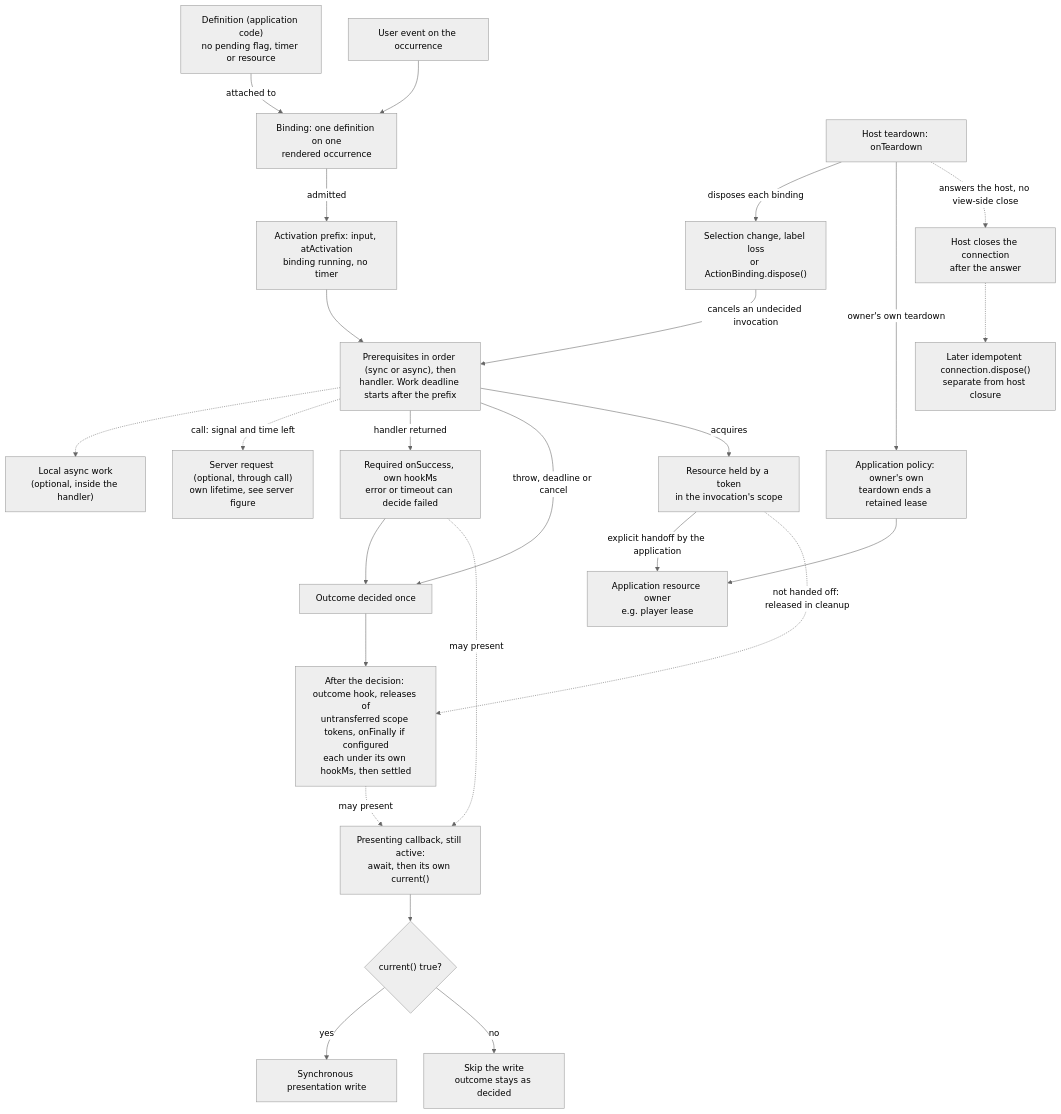
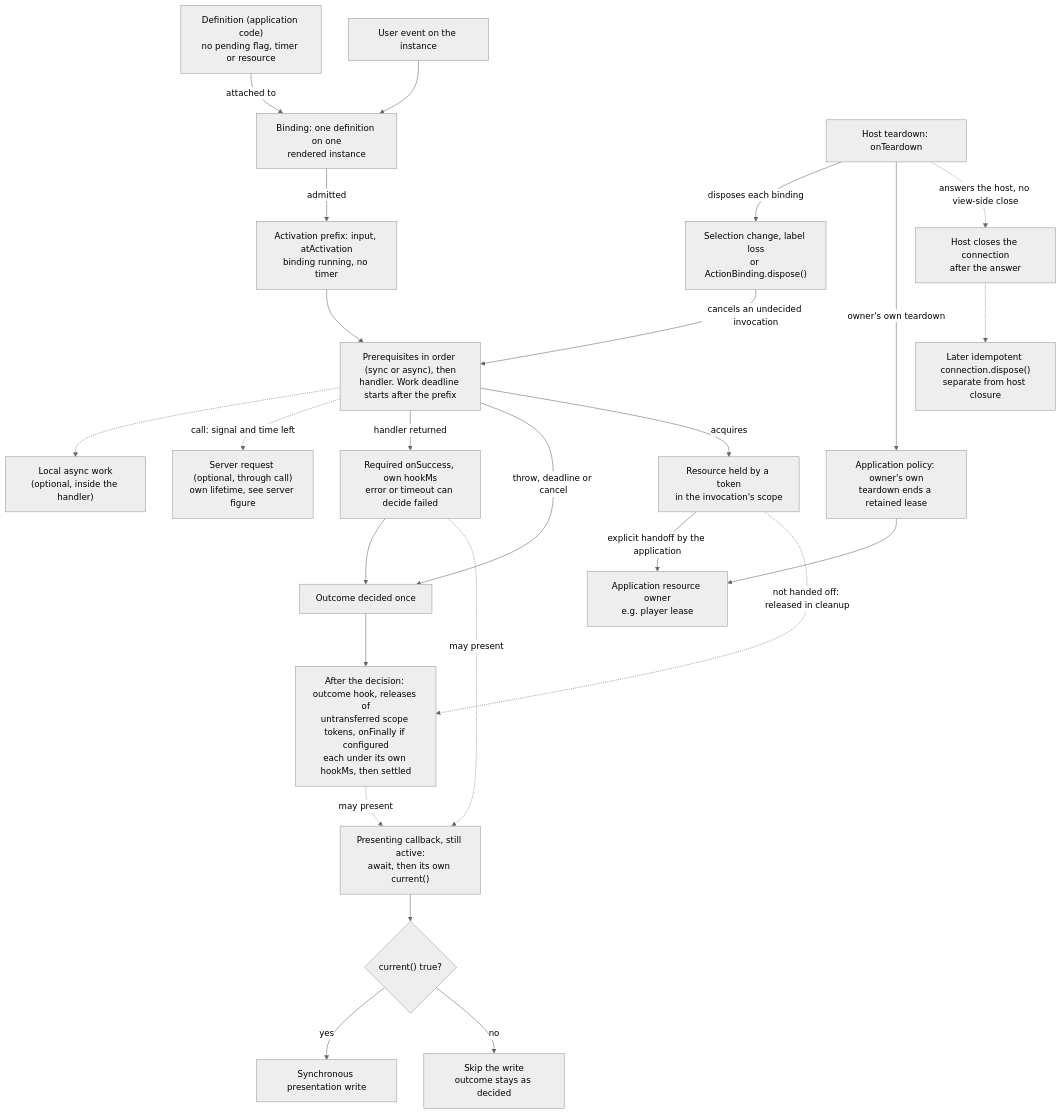
Before and after one commit to MachineWisdomAI/saga-a2ui: the diagram in diagrams/request-view-lifetimes.mmd, drawn with Mermaid (neutral theme). The commit also changed 12 other files, not shown here.

Commit message:
docs: use rendered component instance terminology

```diff
--- a/diagrams/request-view-lifetimes.mmd
+++ b/diagrams/request-view-lifetimes.mmd
@@ -1,46 +1,46 @@
 graph TD
   D["Definition (application code)<br/>no pending flag, timer or resource"]
-  B["Binding: one definition on one<br/>rendered occurrence"]
-  E["User event on the occurrence"]
+  B["Binding: one definition on one<br/>rendered instance"]
+  E["User event on the instance"]
   P["Activation prefix: input, atActivation<br/>binding running, no timer"]
   Q["Prerequisites in order (sync or async), then<br/>handler. Work deadline starts after the prefix"]
   L["Local async work<br/>(optional, inside the handler)"]
   S["Server request (optional, through call)<br/>own lifetime, see server figure"]
   SH["Required onSuccess, own hookMs<br/>error or timeout can decide failed"]
   H["Outcome decided once"]
   FH["After the decision: outcome hook, releases of<br/>untransferred scope tokens, onFinally if configured<br/>each under its own hookMs, then settled"]
   C["Presenting callback, still active:<br/>await, then its own current()"]
   F{"current() true?"}
   W["Synchronous presentation write"]
   X["Skip the write<br/>outcome stays as decided"]
   R["Resource held by a token<br/>in the invocation's scope"]
   O["Application resource owner<br/>e.g. player lease"]
   OT["Application policy: owner's own<br/>teardown ends a retained lease"]
   T["Selection change, label loss<br/>or ActionBinding.dispose()"]
   HT["Host teardown: onTeardown"]
   HC["Host closes the connection<br/>after the answer"]
   K["Later idempotent connection.dispose()<br/>separate from host closure"]
   D -->|attached to| B
   E --> B
   B -->|admitted| P
   P --> Q
   Q -.-> L
   Q -.->|call: signal and time left| S
   Q -->|handler returned| SH
   Q -->|throw, deadline or cancel| H
   SH --> H
   H --> FH
   SH -.->|may present| C
   FH -.->|may present| C
   C --> F
   F -->|yes| W
   F -->|no| X
   Q -->|acquires| R
   R -->|explicit handoff by the application| O
   R -.->|not handed off: released in cleanup| FH
   T -->|cancels an undecided invocation| Q
   HT -->|disposes each binding| T
   HT -->|owner's own teardown| OT
   OT --> O
   HT -.->|answers the host, no view-side close| HC
   HC -.-> K
```
